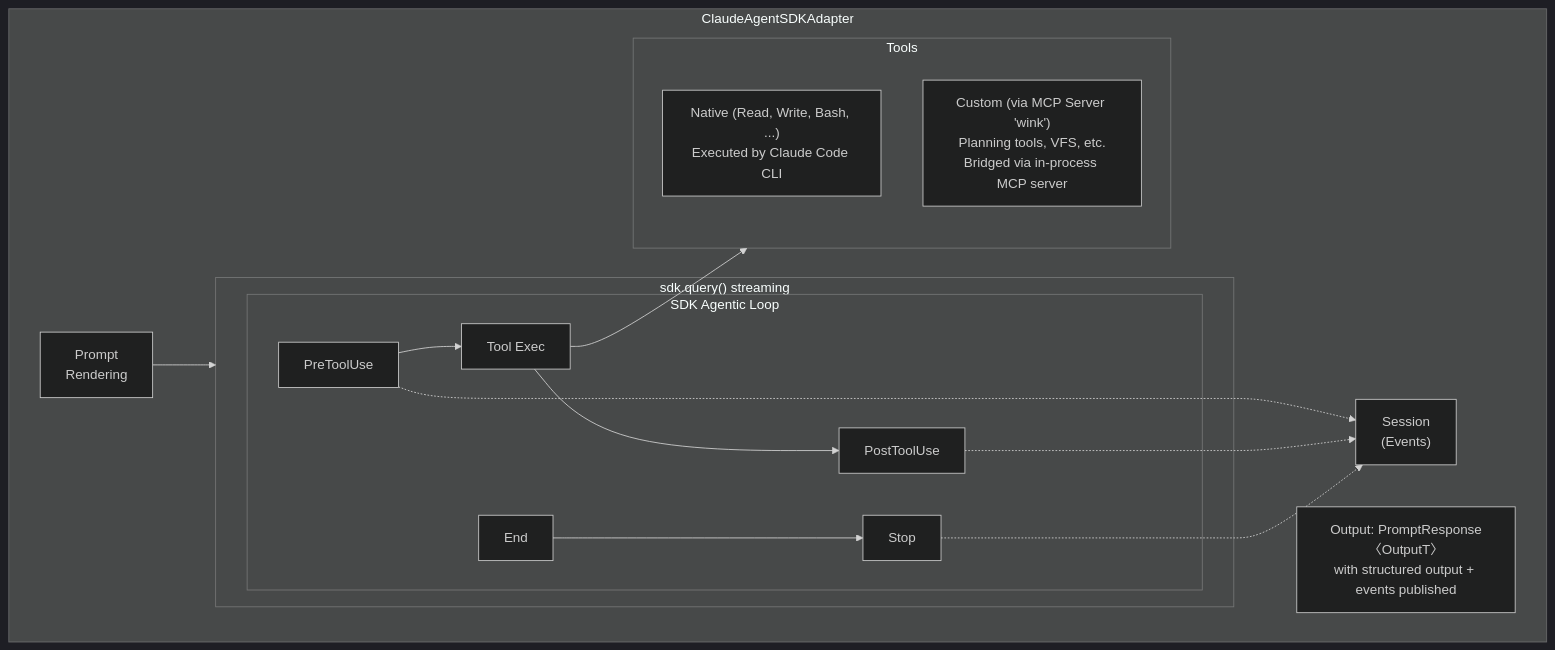
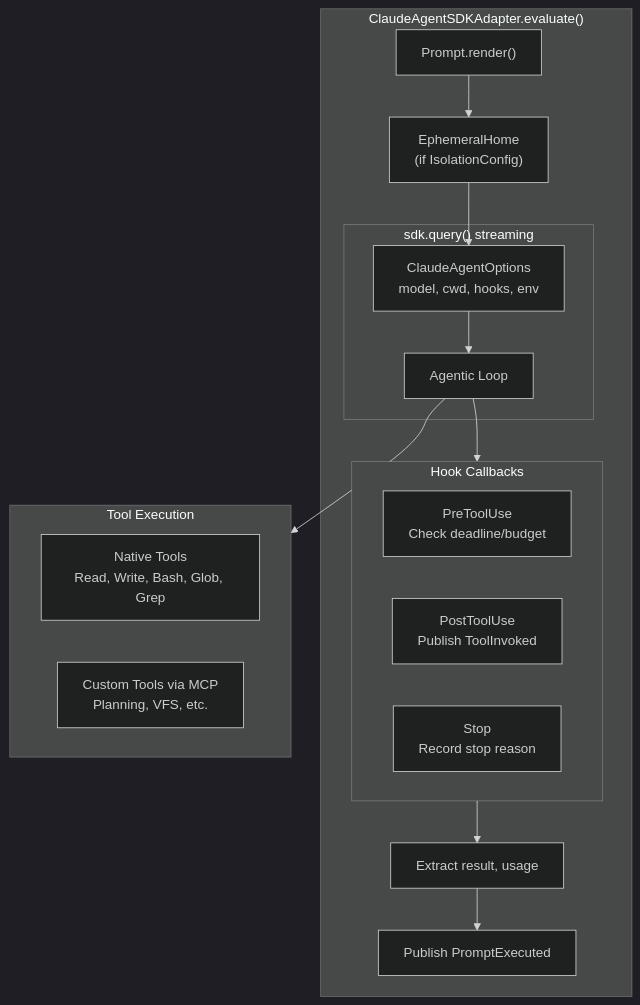
The first of 3 diagrams in specs/CLAUDE_AGENT_SDK.md (weakincentives/weakincentives), drawn with Mermaid (dark theme) before and after one commit. The commit also changed other lines of this file and 9 other files, not shown here.

First line of the commit message:
Polish Claude Agent SDK integration (#557)

````diff
--- a/specs/CLAUDE_AGENT_SDK.md
+++ b/specs/CLAUDE_AGENT_SDK.md
@@ -15,33 +263,34 @@
 ```mermaid
 flowchart TB
-    subgraph Adapter["ClaudeAgentSDKAdapter"]
-        Prompt["Prompt<br/>Rendering"]
-        Session["Session<br/>(Events)"]
+    subgraph Adapter["ClaudeAgentSDKAdapter.evaluate()"]
+        Render["Prompt.render()"]
+        Isolation["EphemeralHome<br/>(if IsolationConfig)"]
 
-        subgraph Streaming["sdk.query() streaming"]
-            subgraph Loop["SDK Agentic Loop"]
-                PreToolUse["PreToolUse"]
-                ToolExec["Tool Exec"]
-                PostToolUse["PostToolUse"]
-                Stop["Stop"]
-                LoopEnd["End"]
-            end
+        subgraph SDK["sdk.query() streaming"]
+            Options["ClaudeAgentOptions<br/>model, cwd, hooks, env"]
+            Loop["Agentic Loop"]
         end
 
-        subgraph Tools["Tools"]
-            Native["Native (Read, Write, Bash, ...)<br/>Executed by Claude Code CLI"]
-            Custom["Custom (via MCP Server 'wink')<br/>Planning tools, VFS, etc.<br/>Bridged via in-process MCP server"]
+        subgraph Hooks["Hook Callbacks"]
+            PreTool["PreToolUse<br/>Check deadline/budget"]
+            PostTool["PostToolUse<br/>Publish ToolInvoked"]
+            Stop["Stop<br/>Record stop reason"]
         end
 
-        Output["Output: PromptResponse〈OutputT〉<br/>with structured output + events published"]
+        Extract["Extract result, usage"]
+        Publish["Publish PromptExecuted"]
     end
 
-    Prompt --> Streaming
-    PreToolUse --> ToolExec
-    ToolExec --> PostToolUse
-    LoopEnd --> Stop
-    PreToolUse -.-> Session
-    PostToolUse -.-> Session
-    Stop -.-> Session
-    ToolExec --> Tools
+    subgraph Tools["Tool Execution"]
+        Native["Native Tools<br/>Read, Write, Bash, Glob, Grep"]
+        MCP["Custom Tools via MCP<br/>Planning, VFS, etc."]
+    end
+
+    Render --> Isolation
+    Isolation --> Options
+    Options --> Loop
+    Loop --> Hooks
+    Hooks --> Extract
+    Extract --> Publish
+    Loop --> Tools
 ```
````
